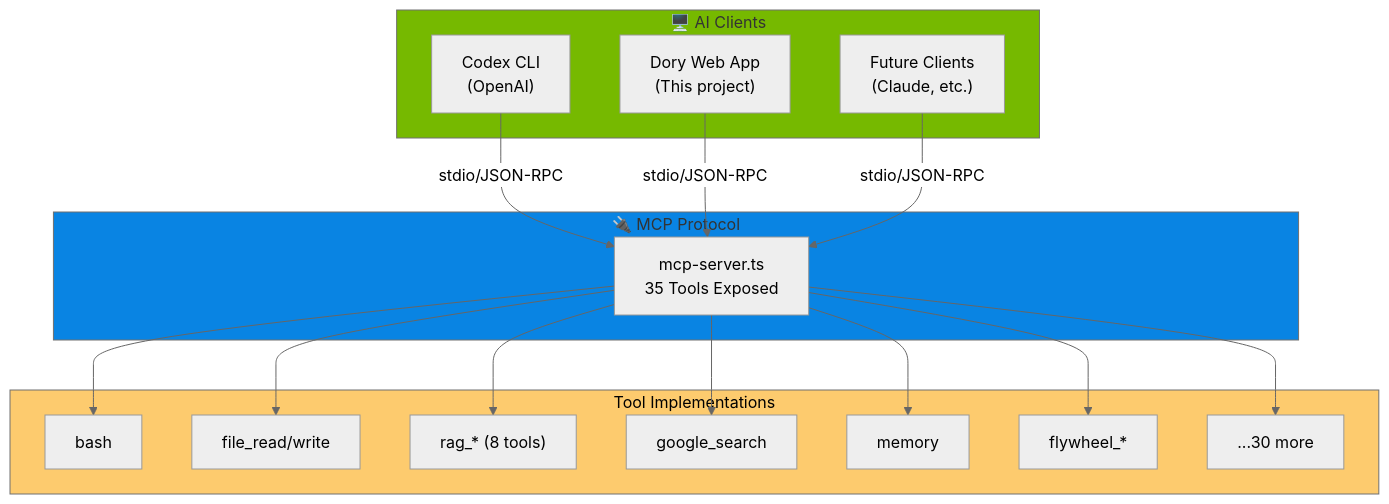
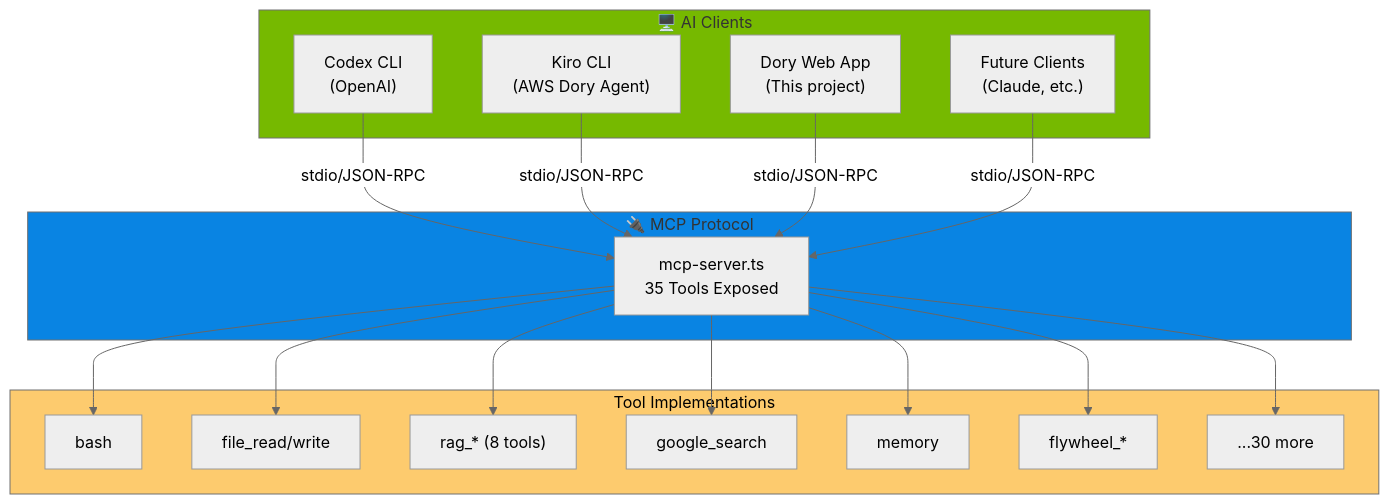
One commit to caser-legal/nvidia-cli changed the eighth of 9 diagrams in README.md. Above: the diagram before and after it, drawn with Mermaid (neutral theme). The commit also changed other lines of this file, not shown here.

Commit message:
Add Kiro CLI + Dory agent integration documentation

````diff
--- a/README.md
+++ b/README.md
@@ -1428,38 +1428,40 @@
 ```mermaid
 flowchart TB
     subgraph Clients["🖥️ AI Clients"]
         CODEX["Codex CLI<br/>(OpenAI)"]
+        KIRO["Kiro CLI<br/>(AWS Dory Agent)"]
         DORY["Dory Web App<br/>(This project)"]
         FUTURE["Future Clients<br/>(Claude, etc.)"]
     end
 
     subgraph MCP["🔌 MCP Protocol"]
         SERVER["mcp-server.ts<br/>35 Tools Exposed"]
     end
 
     subgraph Tools[" Tool Implementations"]
         BASH["bash"]
         FILE["file_read/write"]
         RAG["rag_* (8 tools)"]
         SEARCH["google_search"]
         MEMORY["memory"]
         FLYWHEEL["flywheel_*"]
         MORE["...30 more"]
     end
 
     CODEX -->|"stdio/JSON-RPC"| SERVER
+    KIRO -->|"stdio/JSON-RPC"| SERVER
     DORY -->|"stdio/JSON-RPC"| SERVER
     FUTURE -->|"stdio/JSON-RPC"| SERVER
 
     SERVER --> BASH
     SERVER --> FILE
     SERVER --> RAG
     SERVER --> SEARCH
     SERVER --> MEMORY
     SERVER --> FLYWHEEL
     SERVER --> MORE
 
     style Clients fill:#76b900
     style MCP fill:#0984e3
     style Tools fill:#fdcb6e,color:#000
 ```
````
